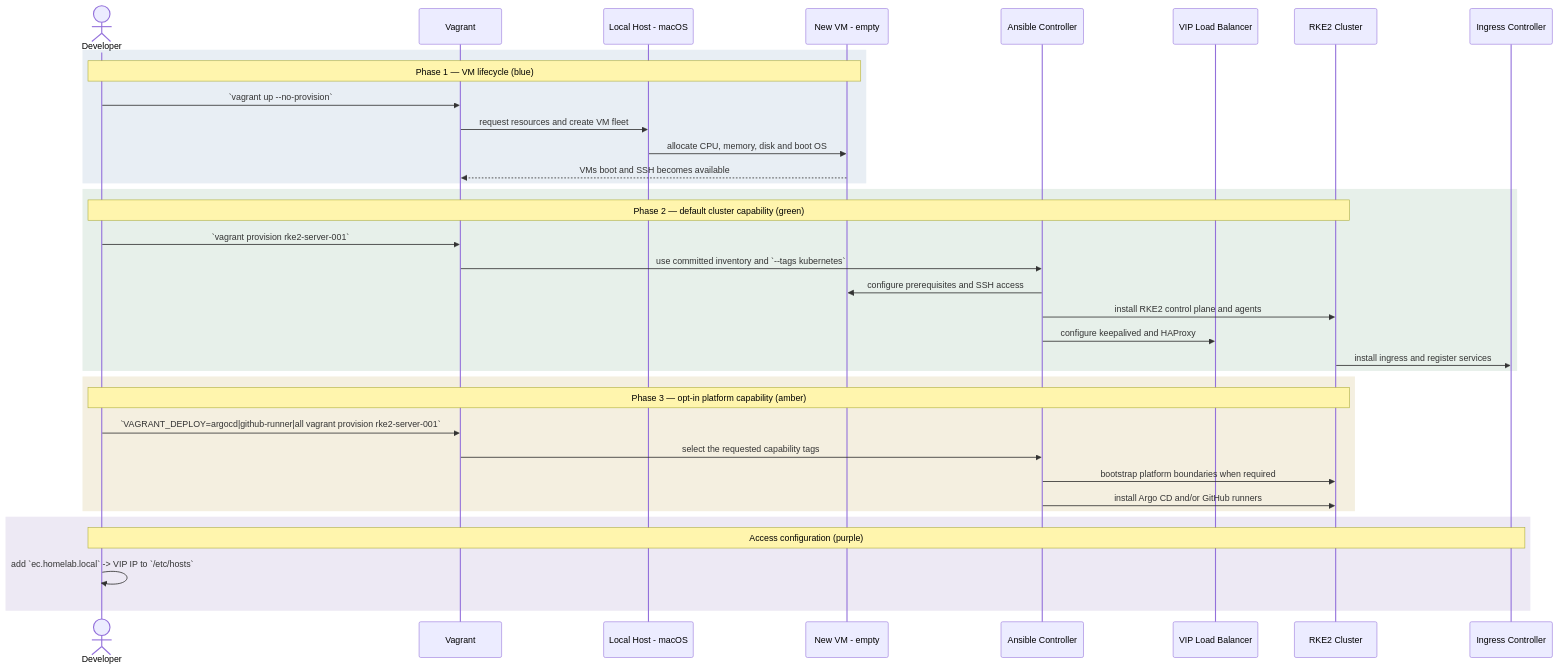
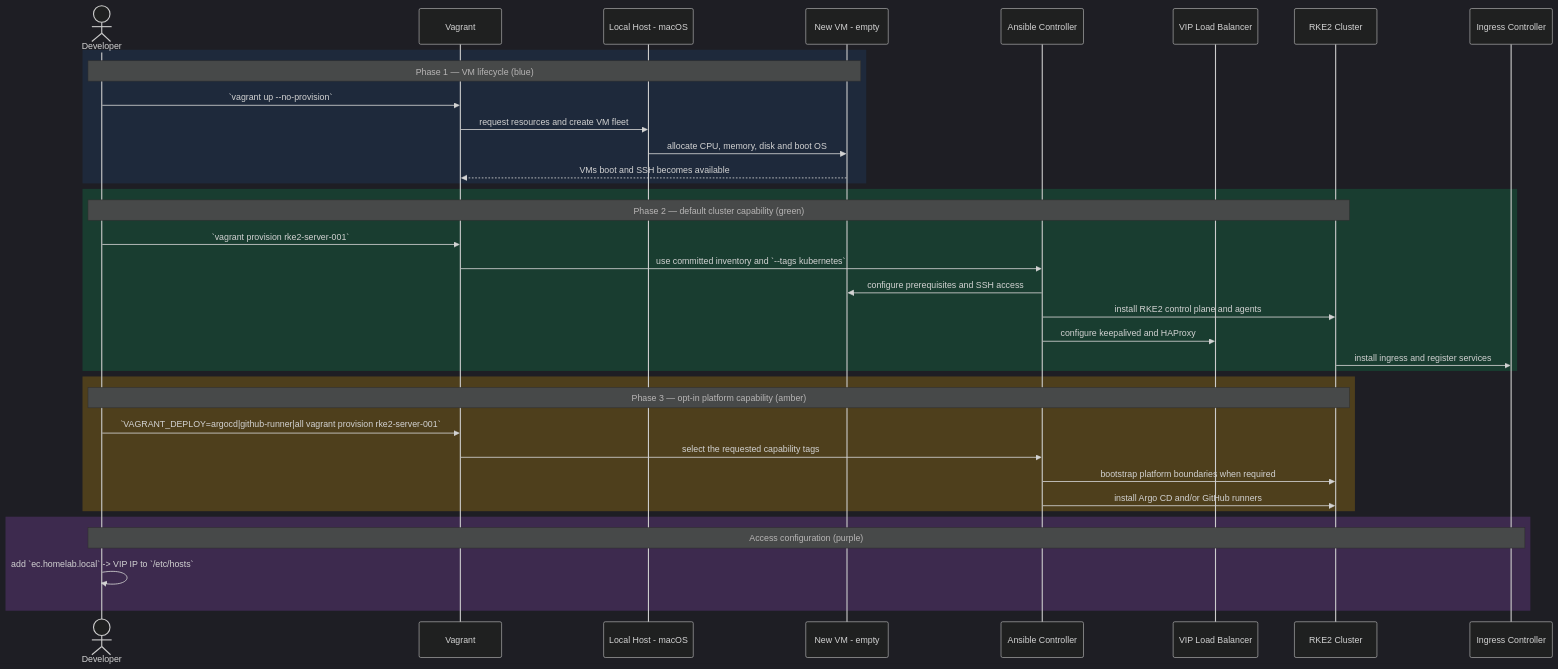
One commit to devops-framework/iac-vagrant-k8s-cluster-local changed the second of 2 diagrams in README.md. Above: the diagram before and after it, drawn with Mermaid.

Commit message:
docs: use dark sequence diagram palette

````diff
--- a/README.md
+++ b/README.md
@@ -92,42 +92,43 @@
 ```mermaid
+%%{init: {"theme": "dark"}}%%
 sequenceDiagram
   actor Dev as Developer
   participant Vagrant as Vagrant
   participant Host as Local Host - macOS
   participant VM as New VM - empty
   participant Ansible as Ansible Controller
   participant VIP as VIP Load Balancer
   participant Cluster as RKE2 Cluster
   participant Ingress as Ingress Controller
 
-  rect rgb(232, 238, 244)
+  rect rgb(30, 41, 59)
     Note over Dev,VM: Phase 1 — VM lifecycle (blue)
     Dev->>Vagrant: `vagrant up --no-provision`
     Vagrant->>Host: request resources and create VM fleet
     Host->>VM: allocate CPU, memory, disk and boot OS
     VM-->>Vagrant: VMs boot and SSH becomes available
   end
 
-  rect rgb(231, 240, 234)
+  rect rgb(25, 61, 48)
     Note over Dev,Cluster: Phase 2 — default cluster capability (green)
     Dev->>Vagrant: `vagrant provision rke2-server-001`
     Vagrant->>Ansible: use committed inventory and `--tags kubernetes`
     Ansible->>VM: configure prerequisites and SSH access
     Ansible->>Cluster: install RKE2 control plane and agents
     Ansible->>VIP: configure keepalived and HAProxy
     Cluster->>Ingress: install ingress and register services
   end
 
-  rect rgb(244, 239, 224)
+  rect rgb(78, 63, 28)
     Note over Dev,Cluster: Phase 3 — opt-in platform capability (amber)
     Dev->>Vagrant: `VAGRANT_DEPLOY=argocd|github-runner|all vagrant provision rke2-server-001`
     Vagrant->>Ansible: select the requested capability tags
     Ansible->>Cluster: bootstrap platform boundaries when required
     Ansible->>Cluster: install Argo CD and/or GitHub runners
   end
 
-  rect rgb(237, 233, 244)
+  rect rgb(61, 42, 78)
     Note over Dev,Ingress: Access configuration (purple)
     Dev->>Dev: add `ec.homelab.local` -> VIP IP to `/etc/hosts`
   end
 ```
````
